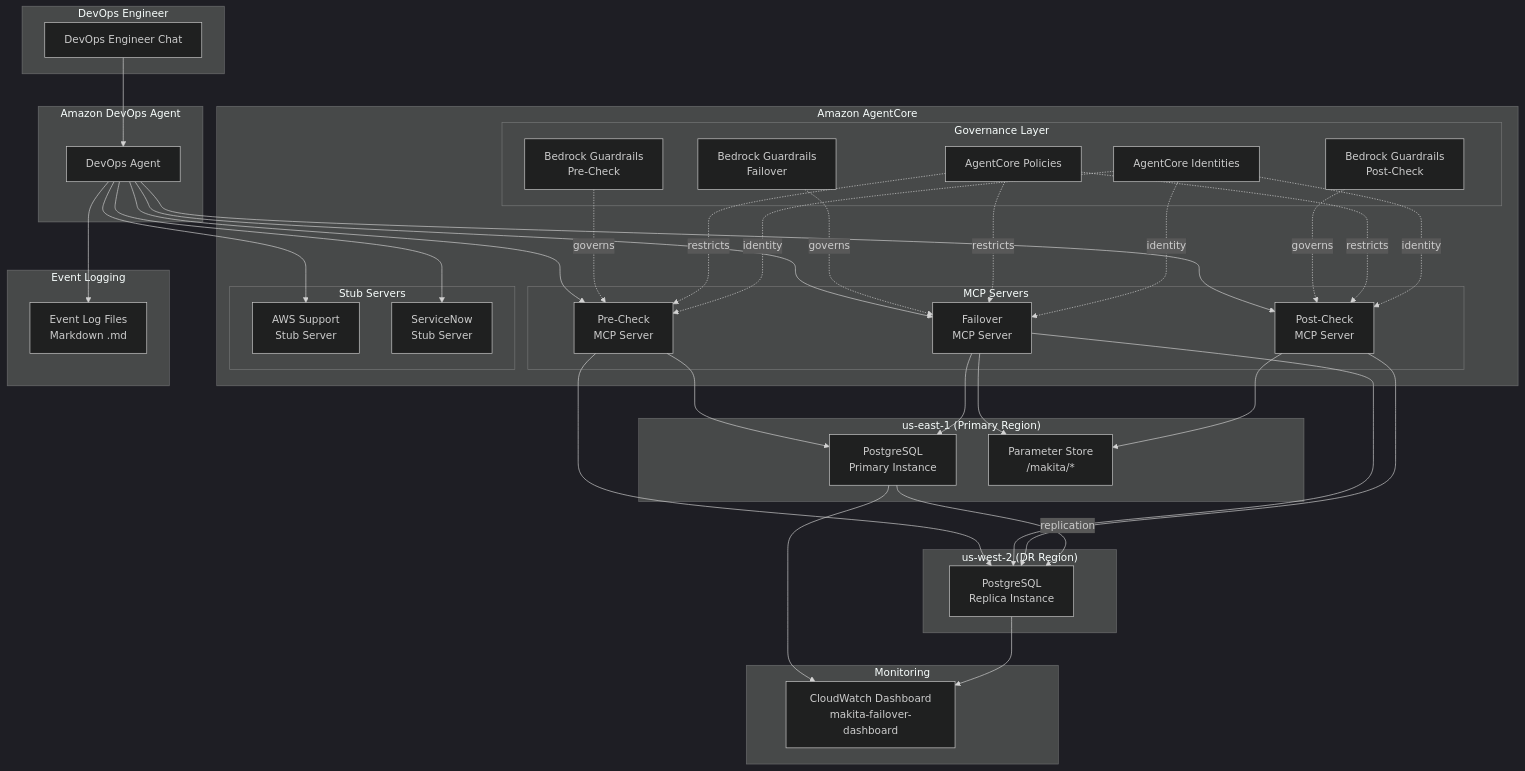
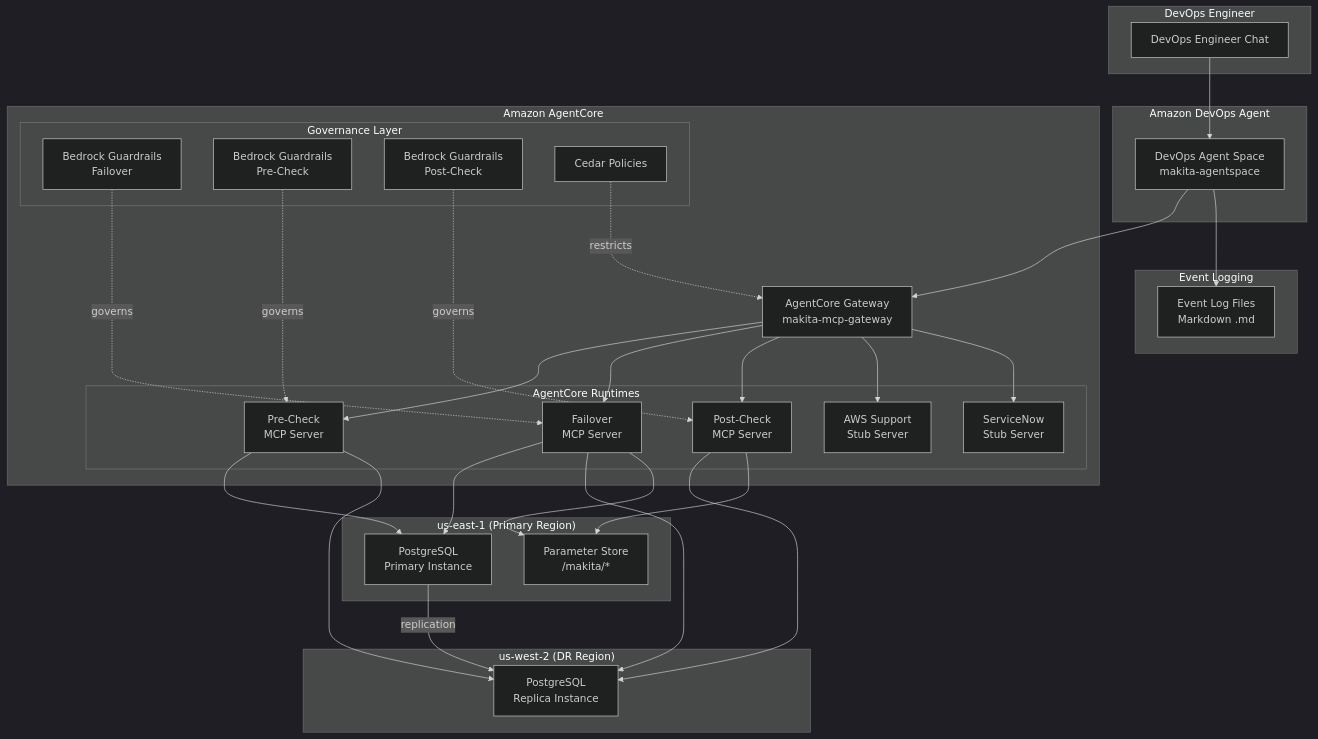
One commit to aws-samples/sample-support-data-analysis-with-bedrock changed the diagram in makita/README.md. Above: the diagram before and after it, drawn with Mermaid (dark theme). The commit also changed other lines of this file, not shown here.

````diff
--- a/makita/README.md
+++ b/makita/README.md
@@ -23,78 +24,66 @@
 ```mermaid
 graph TB
     subgraph "DevOps Engineer"
         User[DevOps Engineer Chat]
     end
 
     subgraph "Amazon DevOps Agent"
-        DA[DevOps Agent]
+        DA[DevOps Agent Space<br/>makita-agentspace]
     end
 
     subgraph "Amazon AgentCore"
+        GW[AgentCore Gateway<br/>makita-mcp-gateway]
+
         subgraph "Governance Layer"
             BG_F[Bedrock Guardrails<br/>Failover]
             BG_Pre[Bedrock Guardrails<br/>Pre-Check]
             BG_Post[Bedrock Guardrails<br/>Post-Check]
-            AP[AgentCore Policies]
-            AI[AgentCore Identities]
+            CP[Cedar Policies]
         end
 
-        subgraph "MCP Servers"
+        subgraph "AgentCore Runtimes"
             PreMCP[Pre-Check<br/>MCP Server]
             FailMCP[Failover<br/>MCP Server]
             PostMCP[Post-Check<br/>MCP Server]
-        end
-
-        subgraph "Stub Servers"
             AWSS[AWS Support<br/>Stub Server]
             SNS[ServiceNow<br/>Stub Server]
         end
     end
 
     subgraph "us-east-1 (Primary Region)"
         PG_Primary[PostgreSQL<br/>Primary Instance]
         PS1[Parameter Store<br/>/makita/*]
     end
 
     subgraph "us-west-2 (DR Region)"
         PG_Replica[PostgreSQL<br/>Replica Instance]
     end
 
-    subgraph "Monitoring"
-        CWD[CloudWatch Dashboard<br/>makita-failover-dashboard]
-    end
-
     subgraph "Event Logging"
         ELF[Event Log Files<br/>Markdown .md]
     end
 
     User --> DA
-    DA --> PreMCP
-    DA --> FailMCP
-    DA --> PostMCP
-    DA --> AWSS
-    DA --> SNS
-    DA --> ELF
+    DA --> GW
+    GW --> PreMCP
+    GW --> FailMCP
+    GW --> PostMCP
+    GW --> AWSS
+    GW --> SNS
 
+    CP -.->|restricts| GW
     BG_F -.->|governs| FailMCP
     BG_Pre -.->|governs| PreMCP
     BG_Post -.->|governs| PostMCP
-    AP -.->|restricts| PreMCP
-    AP -.->|restricts| FailMCP
-    AP -.->|restricts| PostMCP
-    AI -.->|identity| PreMCP
-    AI -.->|identity| FailMCP
-    AI -.->|identity| PostMCP
 
     PreMCP --> PG_Primary
     PreMCP --> PG_Replica
     FailMCP --> PG_Primary
     FailMCP --> PG_Replica
     FailMCP --> PS1
     PostMCP --> PG_Replica
     PostMCP --> PS1
+    DA --> ELF
 
     PG_Primary -->|replication| PG_Replica
-    PG_Primary --> CWD
-    PG_Replica --> CWD
 ```
````
